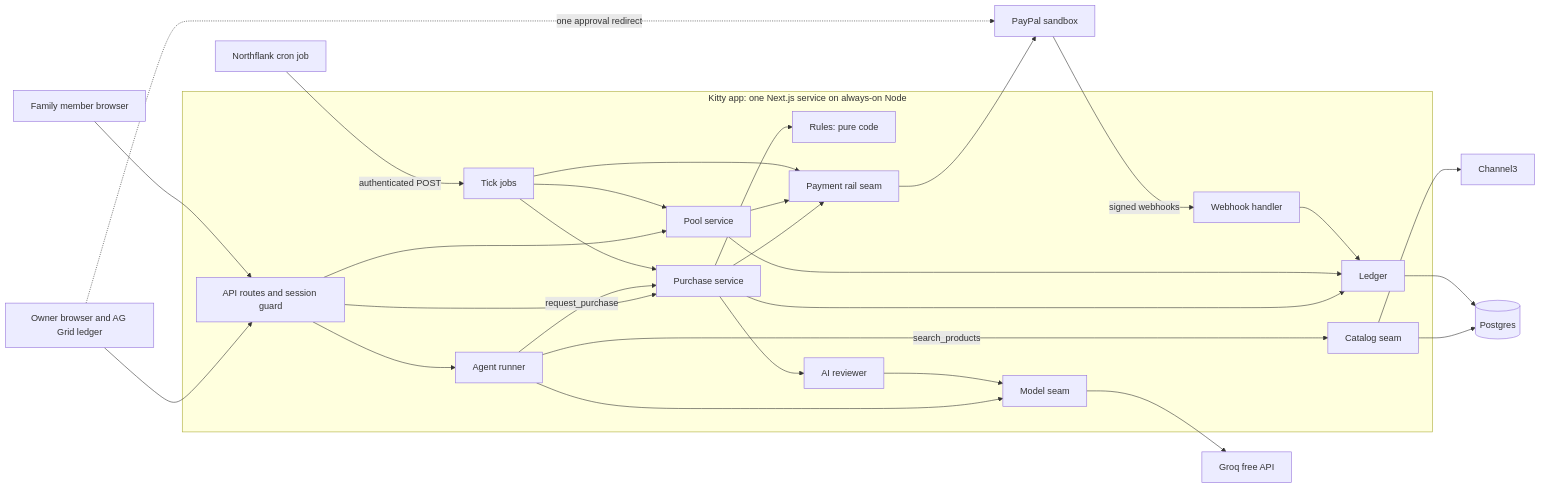
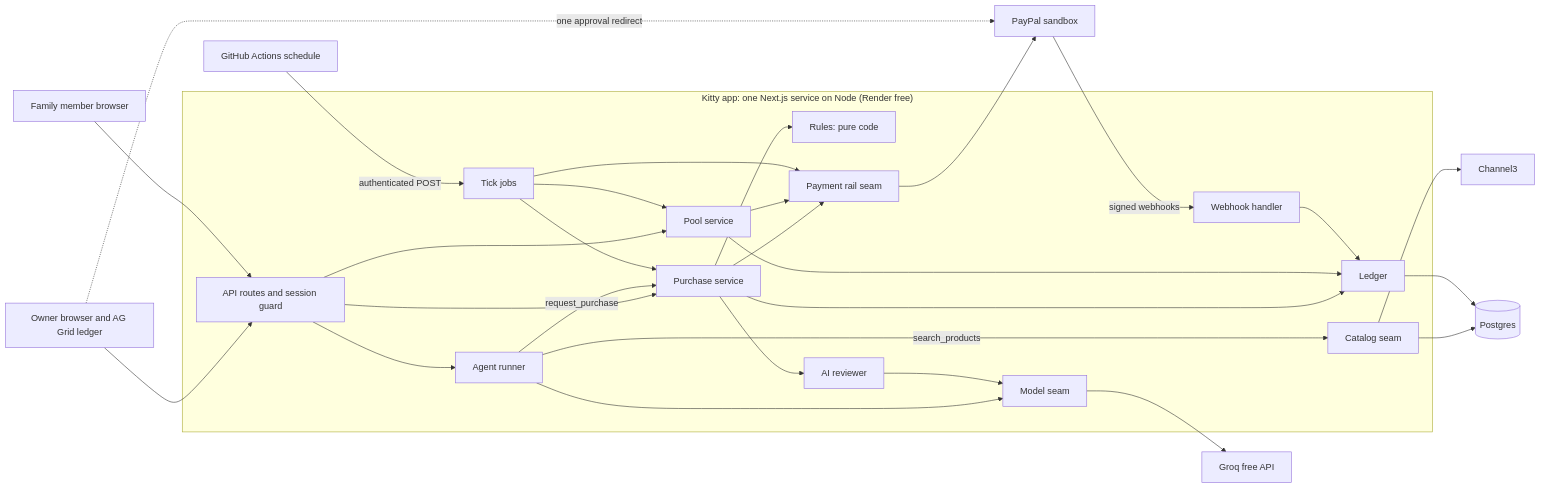
The first of 4 diagrams in docs/architecture.md (om8P/Kitty), drawn with Mermaid before and after one commit. The commit also changed other lines of this file and 13 other files, not shown here.

First line of the commit message:
Move S12 hosting to Render, Supabase and a GitHub Actions schedule

````diff
--- a/docs/architecture.md
+++ b/docs/architecture.md
@@ -80,35 +82,35 @@
 ```mermaid
 flowchart LR
   owner["Owner browser and AG Grid ledger"] --> routes
   member["Family member browser"] --> routes
   owner -.->|"one approval redirect"| paypal
-  cron["Northflank cron job"] -->|"authenticated POST"| tick
+  cron["GitHub Actions schedule"] -->|"authenticated POST"| tick
 
-  subgraph app["Kitty app: one Next.js service on always-on Node"]
+  subgraph app["Kitty app: one Next.js service on Node (Render free)"]
     routes["API routes and session guard"]
     routes --> purchase["Purchase service"]
     routes --> poolsvc["Pool service"]
     routes --> agent["Agent runner"]
     agent -->|"request_purchase"| purchase
     agent -->|"search_products"| catalog["Catalog seam"]
     purchase --> rules["Rules: pure code"]
     purchase --> reviewer["AI reviewer"]
     purchase --> ledger["Ledger"]
     purchase --> rail["Payment rail seam"]
     poolsvc --> ledger
     poolsvc --> rail
     webhook["Webhook handler"] --> ledger
     tick["Tick jobs"] --> purchase
     tick --> poolsvc
     tick --> rail
     agent --> model["Model seam"]
     reviewer --> model
   end
 
   paypal["PayPal sandbox"] -->|"signed webhooks"| webhook
   model --> groq["Groq free API"]
   rail --> paypal
   catalog --> channel3["Channel3"]
   catalog --> db[("Postgres")]
   ledger --> db
 ```
````
